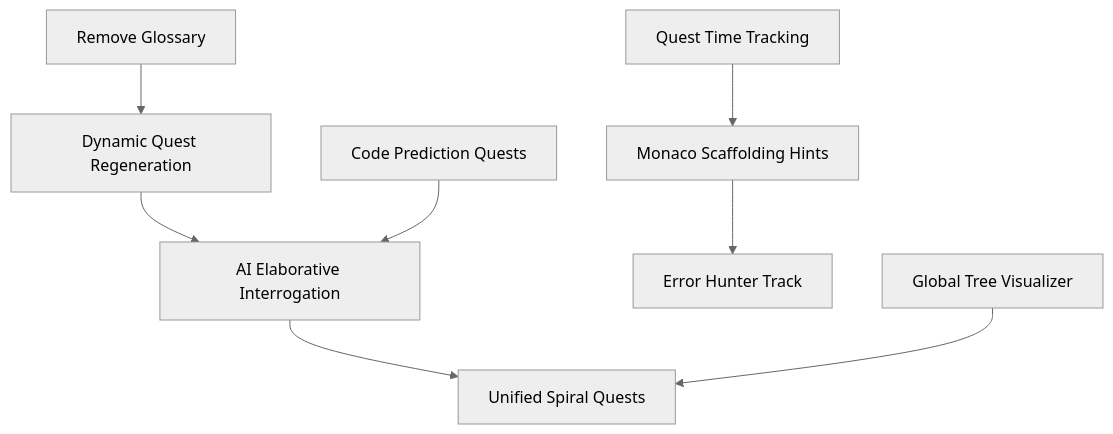
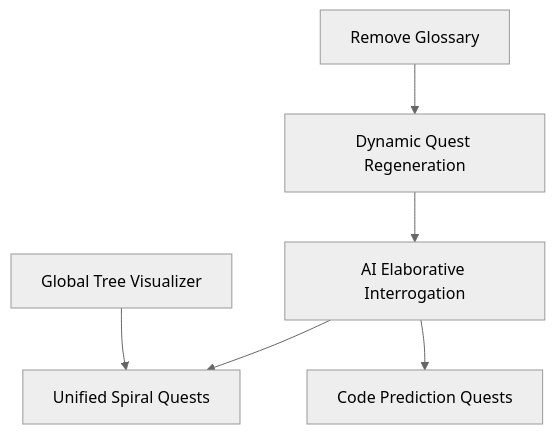
The diagram in design/phase3/phase3_main.md (gocklkatz/cos-quest-master), drawn with Mermaid (neutral theme) before and after one commit. The commit also changed other lines of this file and 11 other files, not shown here.

````diff
--- a/design/phase3/phase3_main.md
+++ b/design/phase3/phase3_main.md
@@ -59,10 +58,8 @@
 ```mermaid
 graph TD
-    F1[Dynamic Quest Regeneration] --> F2[AI Elaborative Interrogation]
+    C1[Remove Glossary] --> F1[Dynamic Quest Regeneration]
+    F1 --> F2[AI Elaborative Interrogation]
     F2 --> F5[Unified Spiral Quests]
-    F7[Monaco Scaffolding Hints] --> F3[Error Hunter Track]
+    F2 --> F6[Code Prediction Quests]
     F4[Global Tree Visualizer] --> F5
-    F6[Code Prediction Quests] --> F2
-    F8[Quest Time Tracking] --> F7
-    C1[Remove Glossary] --> F1
 ```
````
